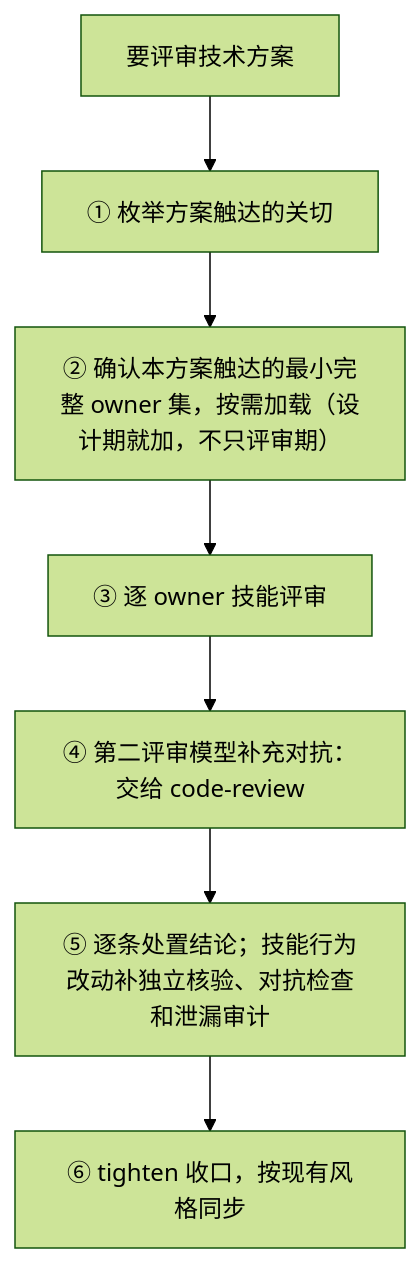
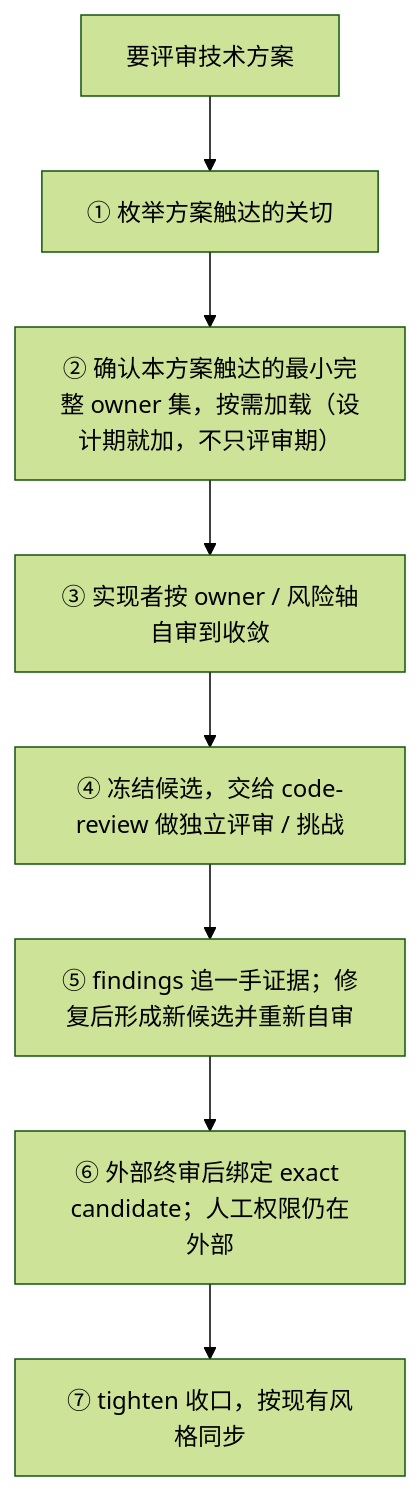
The diagram in docs/technical-review-handbook.md (ccoalm/ccl-skills), drawn with Mermaid (forest theme) before and after one commit. The commit also changed other lines of this file and 21 other files, not shown here.

````diff
--- a/docs/technical-review-handbook.md
+++ b/docs/technical-review-handbook.md
@@ -19,9 +19,10 @@
 ```mermaid
 flowchart TD
   S["要评审技术方案"] --> E["① 枚举方案触达的关切"]
   E --> L["② 确认本方案触达的最小完整 owner 集，按需加载（设计期就加，不只评审期）"]
-  L --> R["③ 逐 owner 技能评审"]
-  R --> X["④ 第二评审模型补充对抗：交给 code-review"]
-  X --> F["⑤ 逐条处置结论；技能行为改动补独立核验、对抗检查和泄漏审计"]
-  F --> T["⑥ tighten 收口，按现有风格同步"]
+  L --> R["③ 实现者按 owner / 风险轴自审到收敛"]
+  R --> X["④ 冻结候选，交给 code-review 做独立评审 / 挑战"]
+  X --> F["⑤ findings 追一手证据；修复后形成新候选并重新自审"]
+  F --> C["⑥ 外部终审后绑定 exact candidate；人工权限仍在外部"]
+  C --> T["⑦ tighten 收口，按现有风格同步"]
 ```
````
